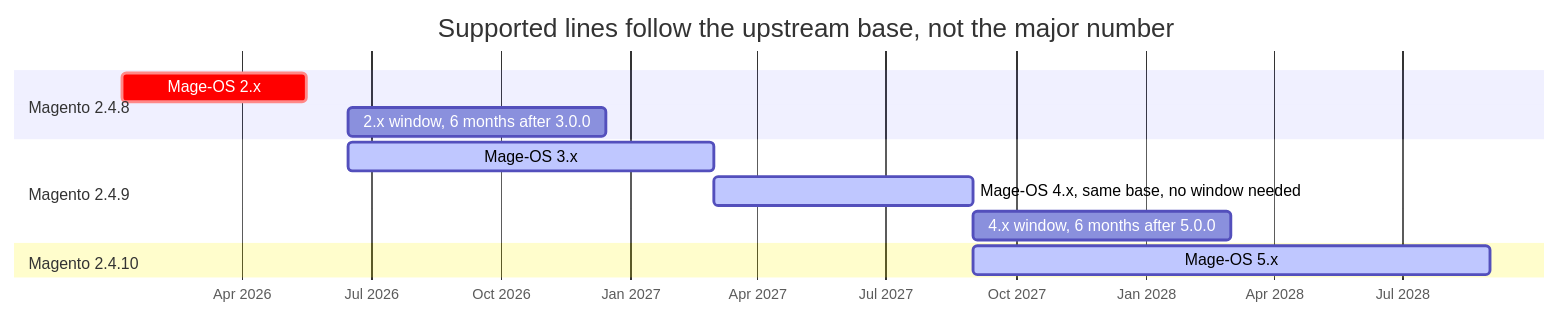
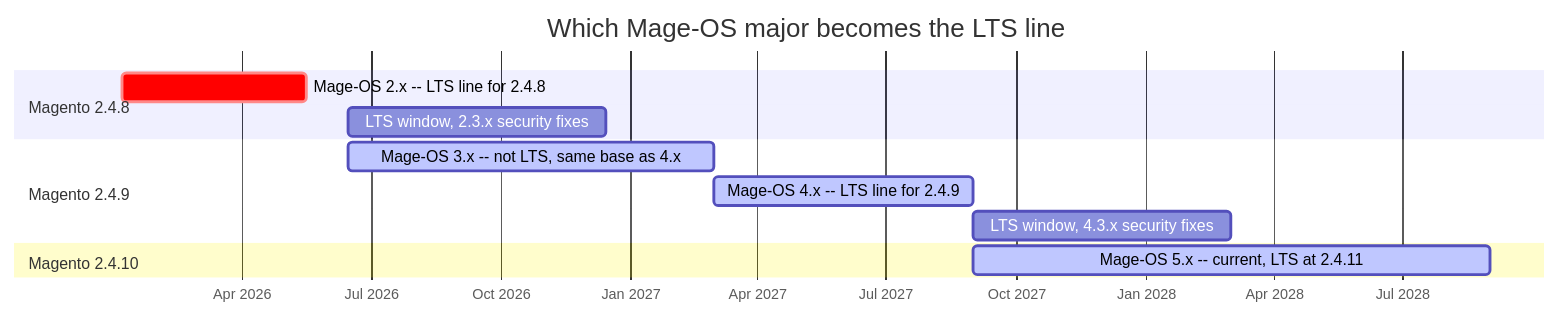
The first of 2 diagrams in RELEASE-GRACE-WINDOW-PROPOSAL.md (marcelmtz/generate-mirror-repo-js), drawn with Mermaid before and after one commit. The commit also changed other lines of this file and 2 other files, not shown here.

Commit message:
Mark the LTS line in the diagrams
Each Magento base now names which Mage-OS major is its LTS line, and 3.x is
labelled as not being one because it shares 2.4.9 with 4.x.

Claude-Session: https://claude.ai/code/session_0145ePWxG5QhuKfiSjku3SD4

````diff
--- a/RELEASE-GRACE-WINDOW-PROPOSAL.md
+++ b/RELEASE-GRACE-WINDOW-PROPOSAL.md
@@ -39,18 +39,18 @@
 ```mermaid
 gantt
-    title Supported lines follow the upstream base, not the major number
+    title Which Mage-OS major becomes the LTS line
     dateFormat YYYY-MM-DD
     axisFormat %b %Y
 
     section Magento 2.4.8
-    Mage-OS 2.x                              :crit, m2, 2026-01-06, 2026-05-17
-    2.x window, 6 months after 3.0.0         :w2, 2026-06-15, 2026-12-15
+    Mage-OS 2.x  -- LTS line for 2.4.8       :crit, m2, 2026-01-06, 2026-05-17
+    LTS window, 2.3.x security fixes         :w2, 2026-06-15, 2026-12-15
 
     section Magento 2.4.9
-    Mage-OS 3.x                              :active, m3, 2026-06-15, 2027-03-01
-    Mage-OS 4.x, same base, no window needed :active, m4, 2027-03-01, 2027-09-01
-    4.x window, 6 months after 5.0.0         :w4, 2027-09-01, 2028-03-01
+    Mage-OS 3.x  -- not LTS, same base as 4.x :active, m3, 2026-06-15, 2027-03-01
+    Mage-OS 4.x  -- LTS line for 2.4.9        :active, m4, 2027-03-01, 2027-09-01
+    LTS window, 4.3.x security fixes          :w4, 2027-09-01, 2028-03-01
 
     section Magento 2.4.10
-    Mage-OS 5.x                              :active, m5, 2027-09-01, 2028-09-01
+    Mage-OS 5.x  -- current, LTS at 2.4.11    :active, m5, 2027-09-01, 2028-09-01
 ```
````
